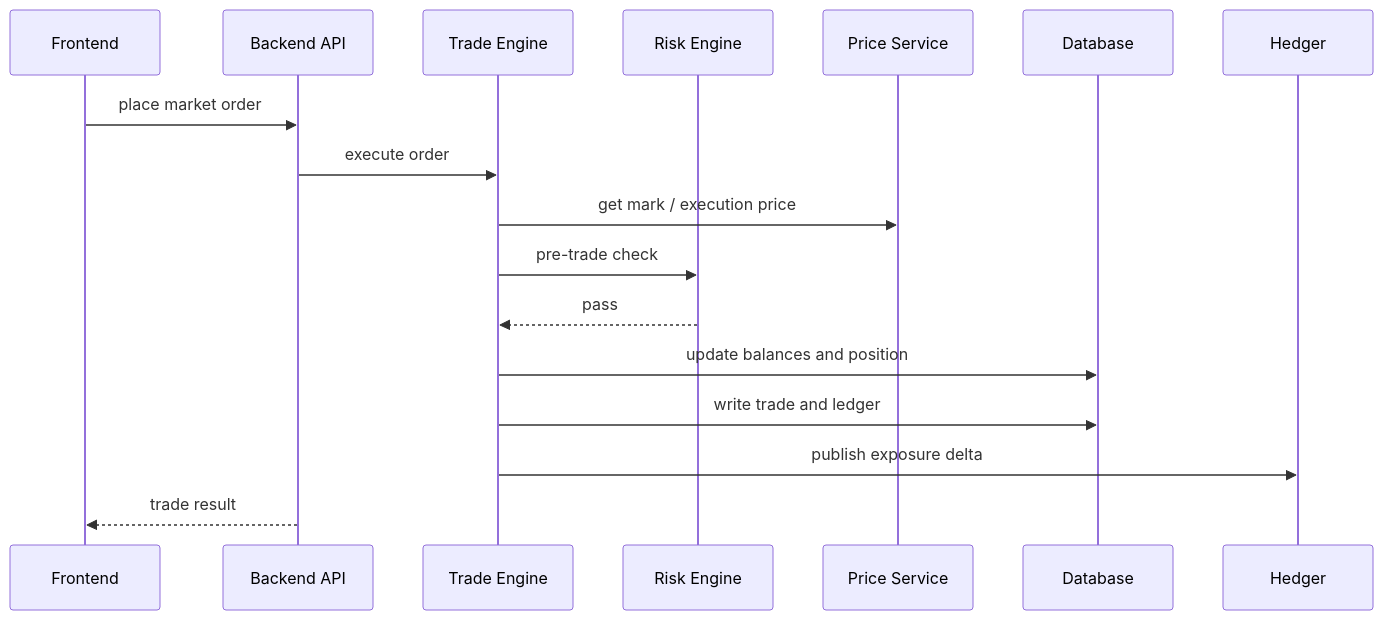
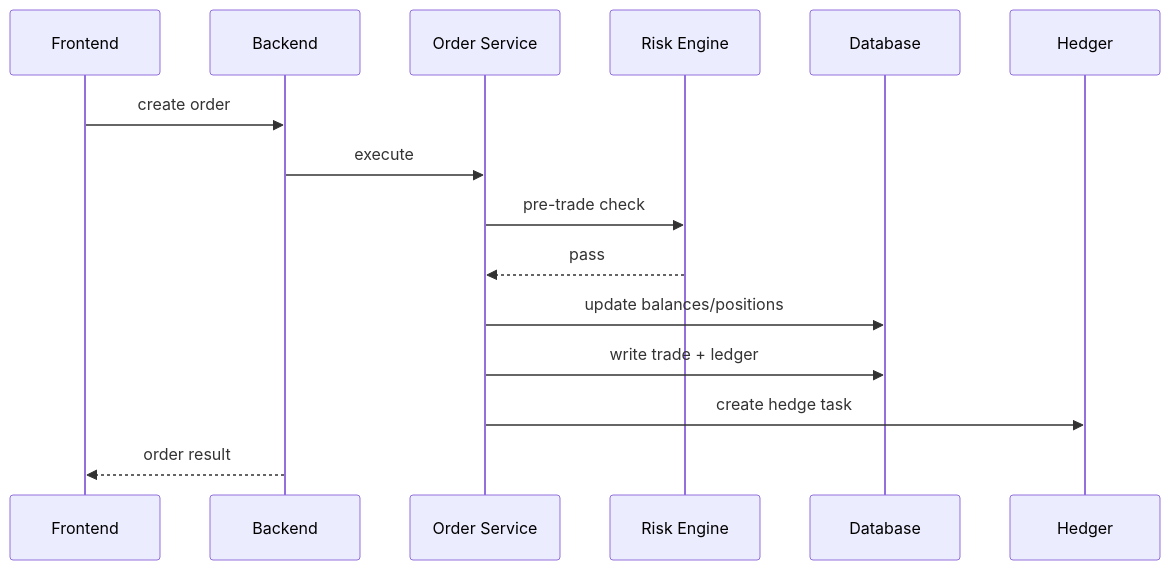
Before and after one commit to AboAuther/RGPerp: the fourth of 6 diagrams in Architecture.md, drawn with Mermaid. The commit also changed other lines of this file and 18 other files, not shown here.

````diff
--- a/Architecture.md
+++ b/Architecture.md
@@ -320,20 +232,18 @@
 ```mermaid
 sequenceDiagram
     participant FE as Frontend
-    participant API as Backend API
-    participant ENG as Trade Engine
+    participant API as Backend
+    participant ORD as Order Service
     participant RISK as Risk Engine
-    participant PRICE as Price Service
     participant DB as Database
     participant HEDGE as Hedger
 
-    FE->>API: place market order
-    API->>ENG: execute order
-    ENG->>PRICE: get mark / execution price
-    ENG->>RISK: pre-trade check
-    RISK-->>ENG: pass
-    ENG->>DB: update balances and position
-    ENG->>DB: write trade and ledger
-    ENG->>HEDGE: publish exposure delta
-    API-->>FE: trade result
+    FE->>API: create order
+    API->>ORD: execute
+    ORD->>RISK: pre-trade check
+    RISK-->>ORD: pass
+    ORD->>DB: update balances/positions
+    ORD->>DB: write trade + ledger
+    ORD->>HEDGE: create hedge task
+    API-->>FE: order result
 ```
````
